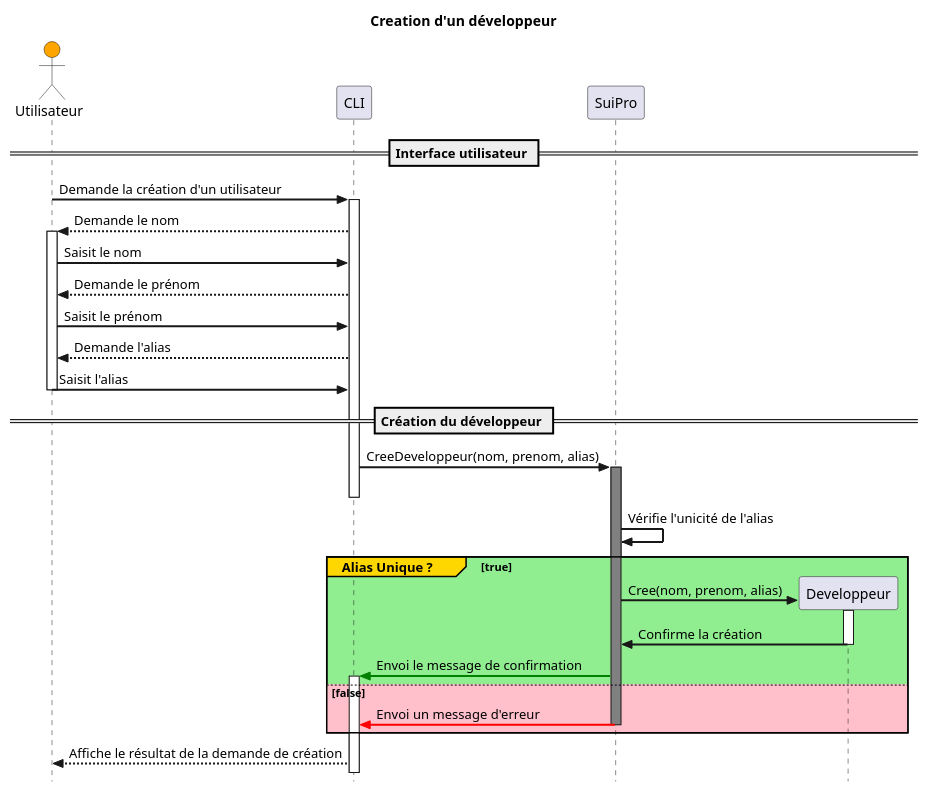
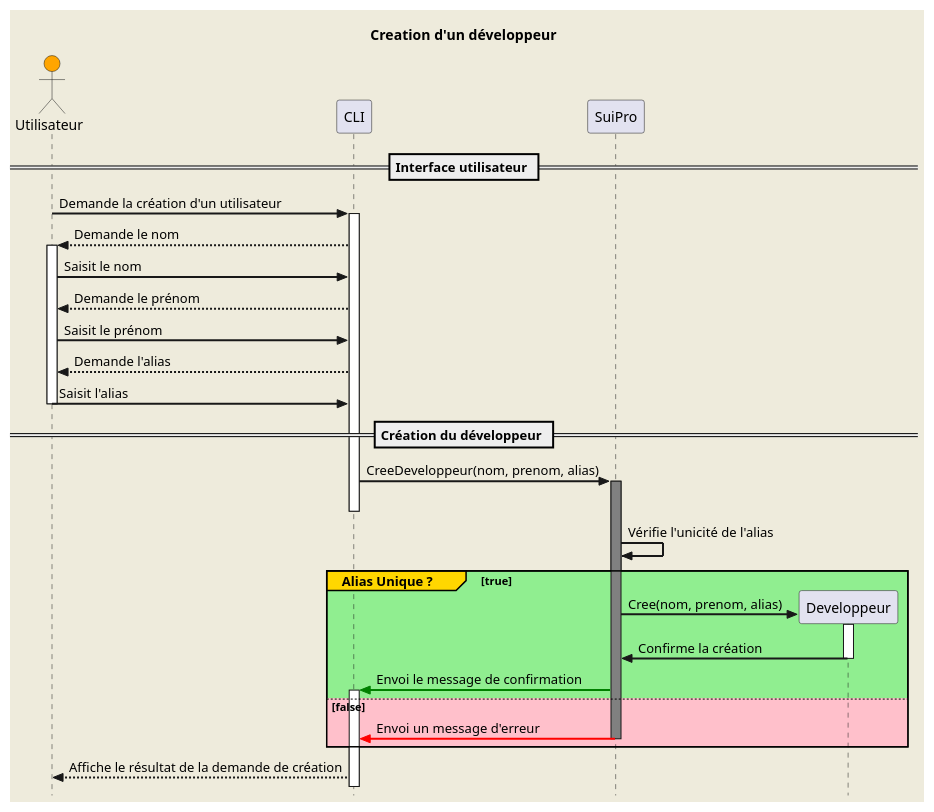
One commit to SamuelGuillemet/igloo changed the diagram in Modelisation/Diagrammes/PlantUML/diag_seq_create_dev.puml. Above: the diagram before and after it, drawn with PlantUML. The commit also changed 7 other files, not shown here.

Commit message:
Add plantuml testing files

```diff
--- a/Modelisation/Diagrammes/PlantUML/diag_seq_create_dev.puml
+++ b/Modelisation/Diagrammes/PlantUML/diag_seq_create_dev.puml
@@ -1,39 +1,42 @@
 @startuml Creéer un développeur
 
 title Creation d'un développeur
 
 skinparam style strictuml
 skinparam sequenceArrowThickness 2
+skinparam backgroundColor #EEEBDC
+skinparam classFontName Aapex
+
 
 actor Utilisateur #Orange
 
 == Interface utilisateur ==
 
 Utilisateur -> CLI : Demande la création d'un utilisateur
 activate CLI
 CLI --> Utilisateur ++ : Demande le nom
 Utilisateur -> CLI : Saisit le nom
 CLI --> Utilisateur : Demande le prénom
 Utilisateur -> CLI : Saisit le prénom
 CLI --> Utilisateur : Demande l'alias
 Utilisateur -> CLI -- : Saisit l'alias
 
 == Création du développeur ==
 
 CLI -> SuiPro : CreeDeveloppeur(nom, prenom, alias)
 activate SuiPro #Gray
 deactivate CLI
 SuiPro -> SuiPro : Vérifie l'unicité de l'alias
 group#Gold #LightGreen Alias Unique ? [true]
     SuiPro -> Developpeur ** : Cree(nom, prenom, alias)
     activate Developpeur
     Developpeur -> SuiPro -- : Confirme la création 
     SuiPro -[#Green]> CLI ++ : Envoi le message de confirmation
 else #Pink false
     SuiPro -[#Red]> CLI : Envoi un message d'erreur
     deactivate SuiPro
 end
 
 CLI --> Utilisateur : Affiche le résultat de la demande de création
 
 @enduml
```
